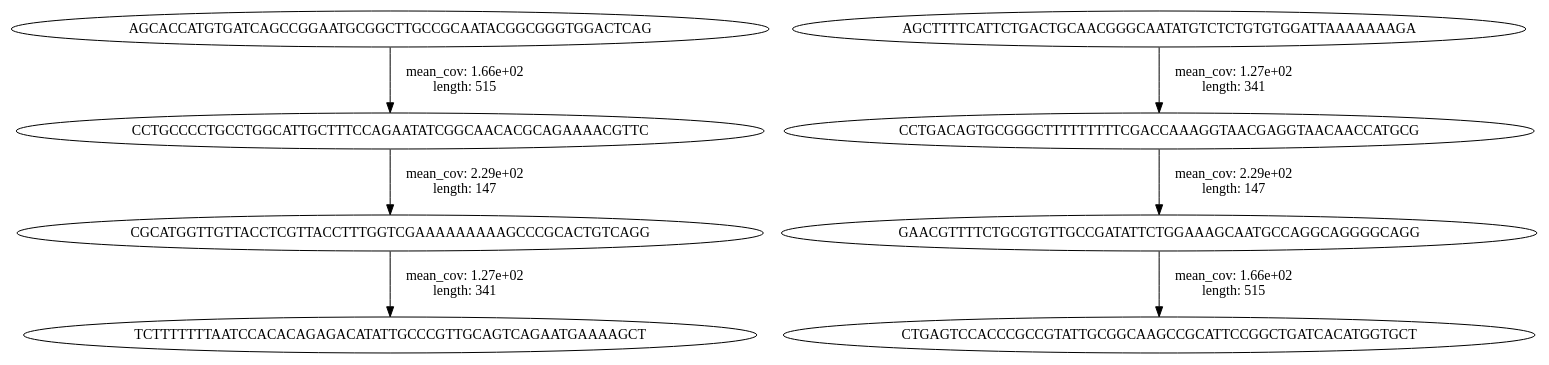
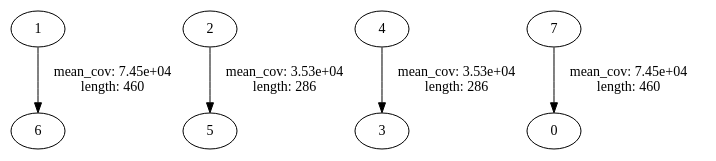
The diagram in hw5/data/s_6.first1000.no_bad_edges.dot (isheshukov/bioinf-ngs-course), drawn with Graphviz before and after one commit. The commit also changed 55 other files, not shown here.

Commit message:
upd debrujin graphs

```diff
--- a/hw5/data/s_6.first1000.no_bad_edges.dot
+++ b/hw5/data/s_6.first1000.no_bad_edges.dot
@@ -1,26 +1,18 @@
 strict digraph "" {
-	CCTGCCCCTGCCTGGCATTGCTTTCCAGAATATCGGCAACACGCAGAAAACGTTC -> CGCATGGTTGTTACCTCGTTACCTTTGGTCGAAAAAAAAAGCCCGCACTGTCAGG	 [label="mean_cov: 2.29e+02
- length: 147",
-		length=147,
-		mean_cov=229.04301075268816];
-	GAACGTTTTCTGCGTGTTGCCGATATTCTGGAAAGCAATGCCAGGCAGGGGCAGG -> CTGAGTCCACCCGCCGTATTGCGGCAAGCCGCATTCCGGCTGATCACATGGTGCT	 [label="mean_cov: 1.66e+02
- length: 515",
-		length=515,
-		mean_cov=166.1691973969631];
-	CGCATGGTTGTTACCTCGTTACCTTTGGTCGAAAAAAAAAGCCCGCACTGTCAGG -> TCTTTTTTTAATCCACACAGAGACATATTGCCCGTTGCAGTCAGAATGAAAAGCT	 [label="mean_cov: 1.27e+02
- length: 341",
-		length=341,
-		mean_cov=126.62020905923345];
-	CCTGACAGTGCGGGCTTTTTTTTTCGACCAAAGGTAACGAGGTAACAACCATGCG -> GAACGTTTTCTGCGTGTTGCCGATATTCTGGAAAGCAATGCCAGGCAGGGGCAGG	 [label="mean_cov: 2.29e+02
- length: 147",
-		length=147,
-		mean_cov=229.04301075268816];
-	AGCTTTTCATTCTGACTGCAACGGGCAATATGTCTCTGTGTGGATTAAAAAAAGA -> CCTGACAGTGCGGGCTTTTTTTTTCGACCAAAGGTAACGAGGTAACAACCATGCG	 [label="mean_cov: 1.27e+02
- length: 341",
-		length=341,
-		mean_cov=126.62020905923345];
-	AGCACCATGTGATCAGCCGGAATGCGGCTTGCCGCAATACGGCGGGTGGACTCAG -> CCTGCCCCTGCCTGGCATTGCTTTCCAGAATATCGGCAACACGCAGAAAACGTTC	 [label="mean_cov: 1.66e+02
- length: 515",
-		length=515,
-		mean_cov=166.1691973969631];
+	1 -> 6	 [label="mean_cov: 7.45e+04
+ length: 460",
+		length=460,
+		mean_cov=161.90652173913043];
+	2 -> 5	 [label="mean_cov: 3.53e+04
+ length: 286",
+		length=286,
+		mean_cov=123.48251748251748];
+	4 -> 3	 [label="mean_cov: 3.53e+04
+ length: 286",
+		length=286,
+		mean_cov=123.48251748251748];
+	7 -> 0	 [label="mean_cov: 7.45e+04
+ length: 460",
+		length=460,
+		mean_cov=161.90652173913043];
 }
```
